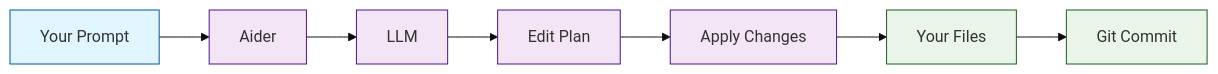
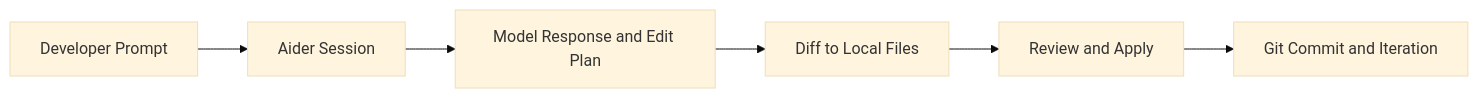
The diagram in tutorials/aider-tutorial/index.md (johnxie/awesome-code-docs), drawn with Mermaid (base theme) before and after one commit. The commit also changed other lines of this file and 6 other files, not shown here.

````diff
--- a/tutorials/aider-tutorial/index.md
+++ b/tutorials/aider-tutorial/index.md
@@ -37,17 +38,8 @@
 ```mermaid
 flowchart LR
-    A[Your Prompt] --> B[Aider]
-    B --> C[LLM]
-    C --> D[Edit Plan]
-    D --> E[Apply Changes]
-    E --> F[Your Files]
-    F --> G[Git Commit]
-    
-    classDef user fill:#e1f5fe,stroke:#01579b
-    classDef aider fill:#f3e5f5,stroke:#4a148c
-    classDef files fill:#e8f5e8,stroke:#1b5e20
-    
-    class A user
-    class B,C,D,E aider
-    class F,G files
+    A[Developer Prompt] --> B[Aider Session]
+    B --> C[Model Response and Edit Plan]
+    C --> D[Diff to Local Files]
+    D --> E[Review and Apply]
+    E --> F[Git Commit and Iteration]
 ```
````
